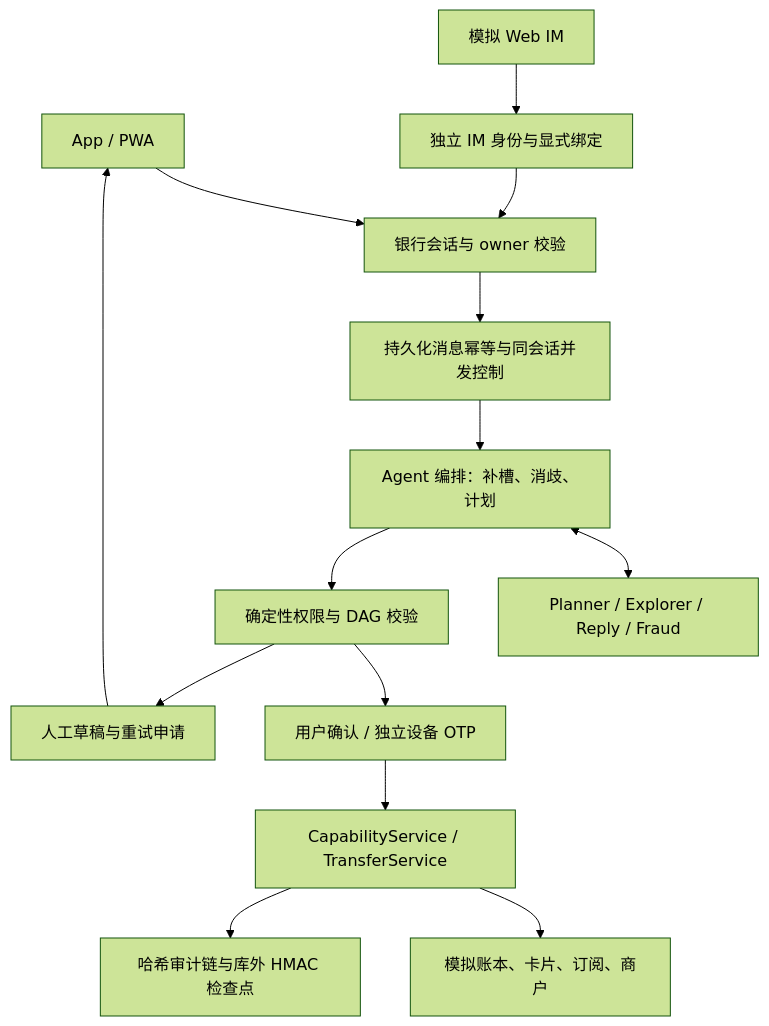
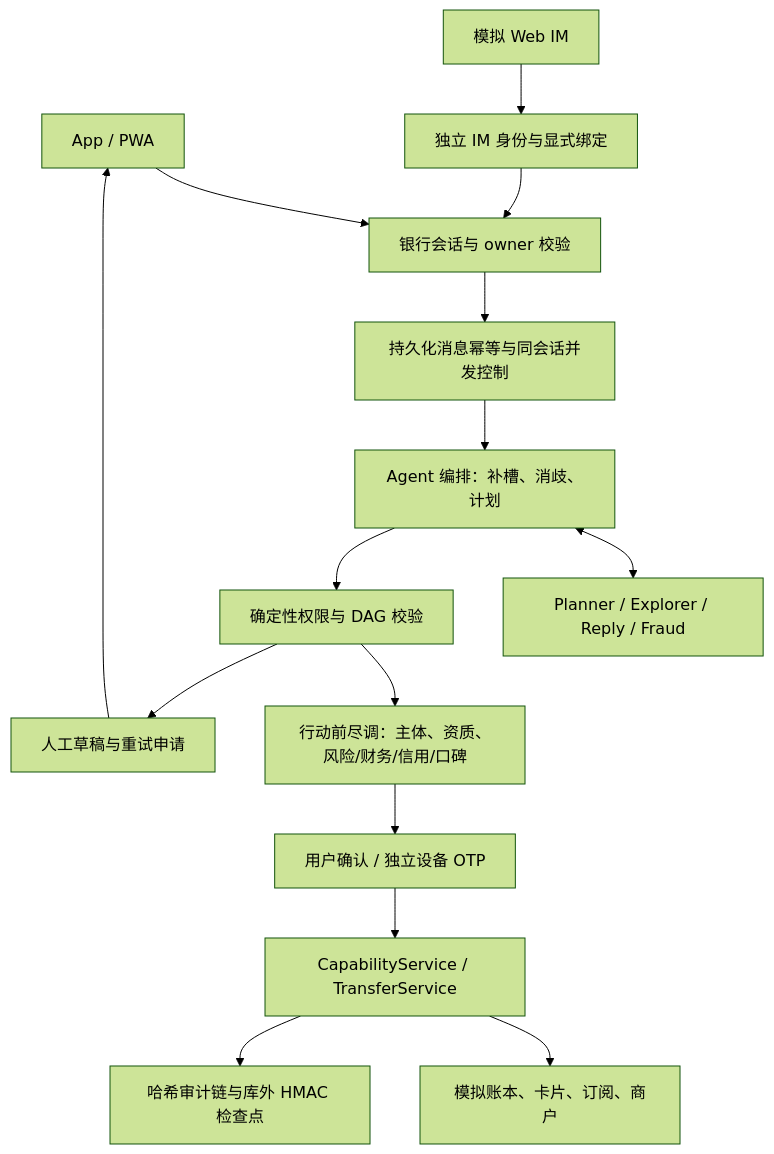
The diagram in docs/architecture.md (Weichenleeeee123/AgentBank), drawn with Mermaid (forest theme) before and after one commit. The commit also changed other lines of this file and 24 other files, not shown here.

````diff
--- a/docs/architecture.md
+++ b/docs/architecture.md
@@ -13,16 +13,17 @@
 ```mermaid
 flowchart TD
     APP[App / PWA] --> AUTH[银行会话与 owner 校验]
     IM[模拟 Web IM] --> BIND[独立 IM 身份与显式绑定]
     BIND --> AUTH
     AUTH --> MSG[持久化消息幂等与同会话并发控制]
     MSG --> AGENT[Agent 编排：补槽、消歧、计划]
     AGENT <--> LLM[Planner / Explorer / Reply / Fraud]
     AGENT --> GATE[确定性权限与 DAG 校验]
-    GATE --> CONFIRM[用户确认 / 独立设备 OTP]
+    GATE --> REVIEW[行动前尽调：主体、资质、风险/财务/信用/口碑]
+    REVIEW --> CONFIRM[用户确认 / 独立设备 OTP]
     CONFIRM --> KERNEL[CapabilityService / TransferService]
     KERNEL --> BANK[模拟账本、卡片、订阅、商户]
     KERNEL --> AUDIT[哈希审计链与库外 HMAC 检查点]
     GATE --> STAFF[人工草稿与重试申请]
     STAFF --> APP
 ```
````
